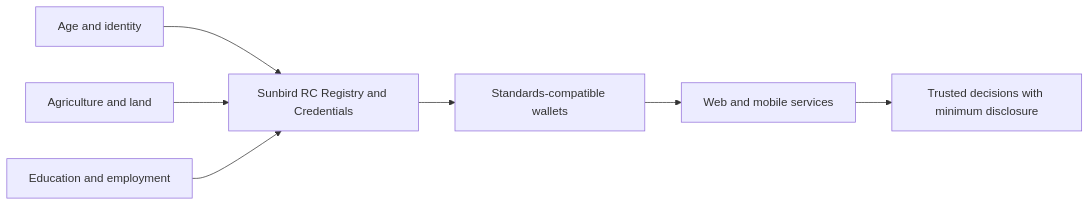
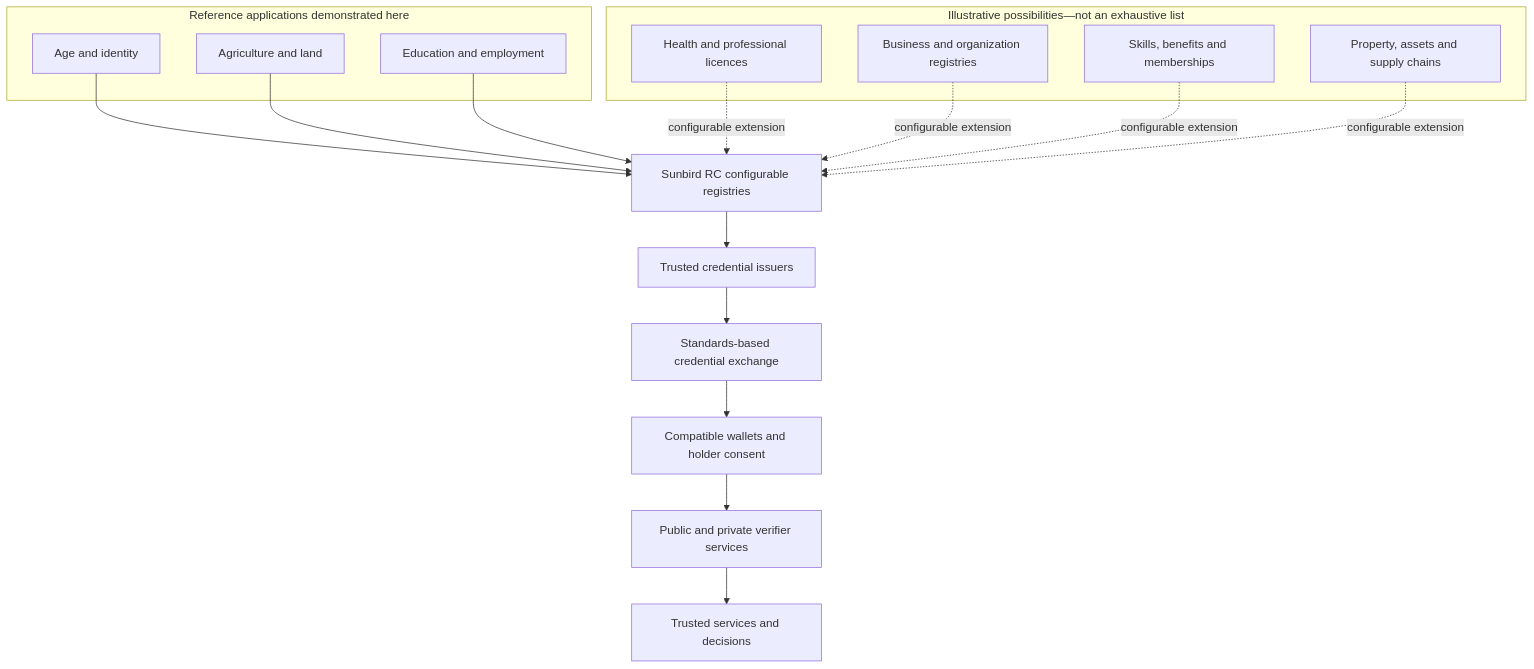
Before and after one commit to Sunbird-RC/sunbird-rc-reference-implementations: the diagram in docs/showcase/README.md, drawn with Mermaid. The commit also changed other lines of this file and 2 other files, not shown here.

Commit message:
docs(showcase): present applications as extensible examples

````diff
--- a/docs/showcase/README.md
+++ b/docs/showcase/README.md
@@ -11,9 +39,30 @@
 ```mermaid
-flowchart LR
-  A[Age and identity] --> R[Sunbird RC Registry and Credentials]
-  G[Agriculture and land] --> R
-  E[Education and employment] --> R
-  R --> W[Standards-compatible wallets]
-  W --> V[Web and mobile services]
-  V --> O[Trusted decisions with minimum disclosure]
+flowchart TB
+  subgraph EX[Reference applications demonstrated here]
+    A[Age and identity]
+    G[Agriculture and land]
+    E[Education and employment]
+  end
+
+  subgraph MORE[Illustrative possibilities—not an exhaustive list]
+    H[Health and professional licences]
+    B[Business and organization registries]
+    S[Skills, benefits and memberships]
+    P[Property, assets and supply chains]
+  end
+
+  A --> RC
+  G --> RC
+  E --> RC
+  H -. configurable extension .-> RC
+  B -. configurable extension .-> RC
+  S -. configurable extension .-> RC
+  P -. configurable extension .-> RC
+
+  RC[Sunbird RC configurable registries]
+  RC --> C[Trusted credential issuers]
+  C --> X[Standards-based credential exchange]
+  X --> W[Compatible wallets and holder consent]
+  W --> V[Public and private verifier services]
+  V --> O[Trusted services and decisions]
 ```
````
